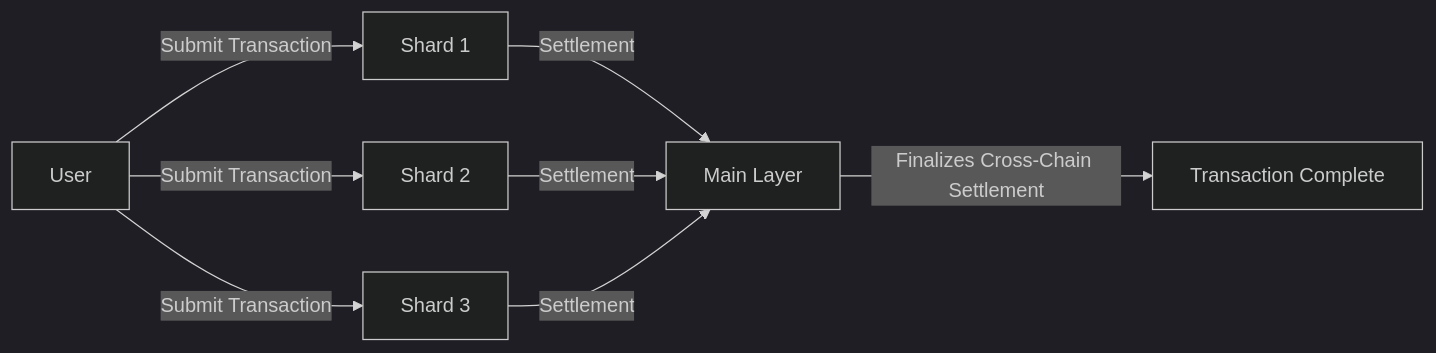
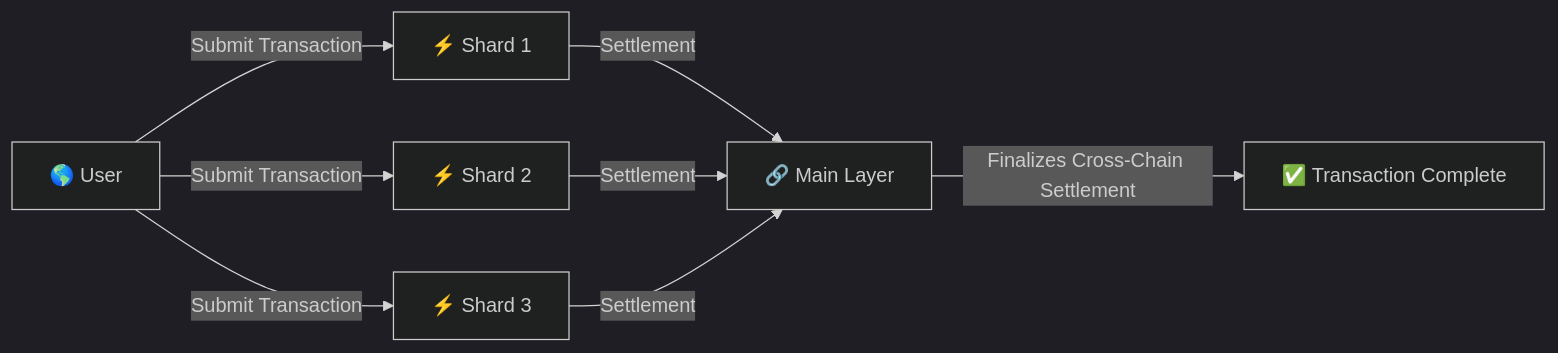
The fifth of 5 diagrams in README.md (Iconoclastdao/Iconoclast-Sovereign-Network), drawn with Mermaid (dark theme) before and after one commit. The commit also changed other lines of this file, not shown here.

````diff
--- a/README.md
+++ b/README.md
@@ -129,10 +107,10 @@
 ```mermaid
 graph LR
-    A[User] -->|Submit Transaction| B[Shard 1]
-    A -->|Submit Transaction| C[Shard 2]
-    A -->|Submit Transaction| D[Shard 3]
-    B -->|Settlement| E[Main Layer]
+    A[🌎 User] -->|Submit Transaction| B[⚡ Shard 1]
+    A -->|Submit Transaction| C[⚡ Shard 2]
+    A -->|Submit Transaction| D[⚡ Shard 3]
+    B -->|Settlement| E[🔗 Main Layer]
     C -->|Settlement| E
     D -->|Settlement| E
-    E -->|Finalizes Cross-Chain Settlement| F[Transaction Complete]
+    E -->|Finalizes Cross-Chain Settlement| F[✅ Transaction Complete]
 ```
````
